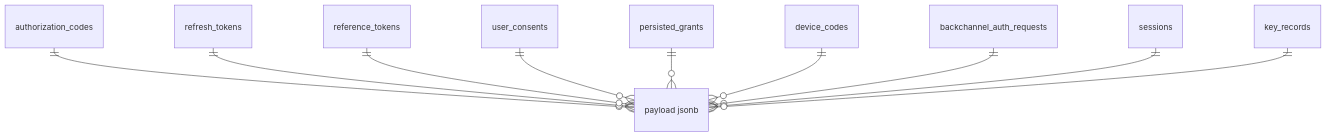
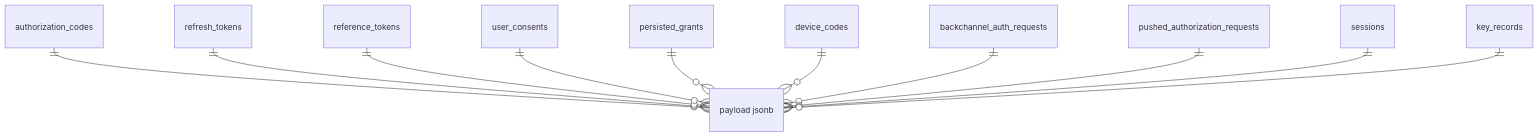
The second of 3 diagrams in docs/architecture.md (gonewx/wicket-pg), drawn with Mermaid before and after one commit. The commit also changed other lines of this file and 28 other files, not shown here.

First line of the commit message:
story 5.1: 新增 PushedAuthorizationRequestStore（PAR）与迁移 000005

````diff
--- a/docs/architecture.md
+++ b/docs/architecture.md
@@ -103,12 +103,13 @@
 ```mermaid
 erDiagram
     authorization_codes ||--o{ "payload jsonb" : ""
     refresh_tokens ||--o{ "payload jsonb" : ""
     reference_tokens ||--o{ "payload jsonb" : ""
     user_consents ||--o{ "payload jsonb" : ""
     persisted_grants ||--o{ "payload jsonb" : ""
     device_codes ||--o{ "payload jsonb" : ""
     backchannel_auth_requests ||--o{ "payload jsonb" : ""
+    pushed_authorization_requests ||--o{ "payload jsonb" : ""
     sessions ||--o{ "payload jsonb" : ""
     key_records ||--o{ "payload jsonb" : ""
 ```
````
